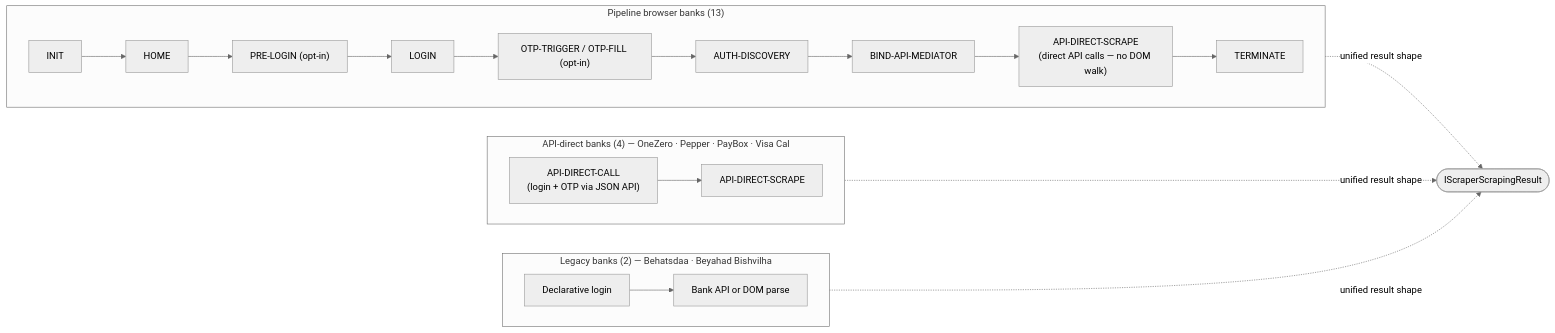
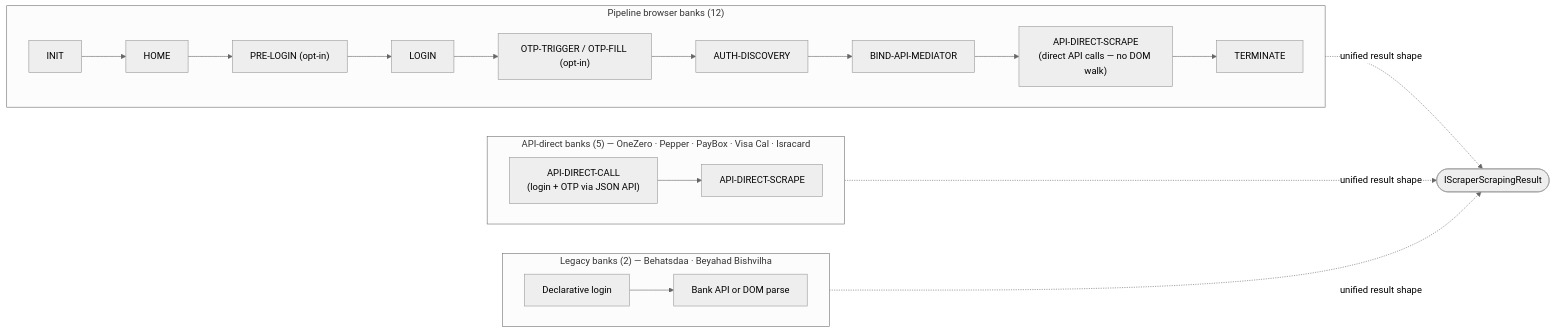
The diagram in README.md (sergienko4/israeli-bank-scrapers), drawn with Mermaid (neutral theme) before and after one commit. The commit also changed other lines of this file and 126 other files, not shown here.

````diff
--- a/README.md
+++ b/README.md
@@ -381,27 +382,27 @@
 ```mermaid
 flowchart LR
-    subgraph BB["Pipeline browser banks (13)"]
+    subgraph BB["Pipeline browser banks (12)"]
       direction LR
       INIT --> HOME --> PRELOGIN["PRE-LOGIN (opt-in)"]
       PRELOGIN --> LOGIN
       LOGIN --> OTP["OTP-TRIGGER / OTP-FILL (opt-in)"]
       OTP --> AUTH["AUTH-DISCOVERY"]
       AUTH --> BIND["BIND-API-MEDIATOR"]
       BIND --> SCRAPE["API-DIRECT-SCRAPE<br/>(direct API calls — no DOM walk)"]
       SCRAPE --> TERM["TERMINATE"]
     end
 
-    subgraph API["API-direct banks (4) — OneZero · Pepper · PayBox · Visa Cal"]
+    subgraph API["API-direct banks (5) — OneZero · Pepper · PayBox · Visa Cal · Isracard"]
       direction LR
       CALL["API-DIRECT-CALL<br/>(login + OTP via JSON API)"] --> SCR["API-DIRECT-SCRAPE"]
     end
 
     subgraph LEG["Legacy banks (2) — Behatsdaa · Beyahad Bishvilha"]
       direction LR
       LLOGIN["Declarative login"] --> LFETCH["Bank API or DOM parse"]
     end
 
     BB -.->|"unified result shape"| RESULT(["IScraperScrapingResult"])
     API -.->|"unified result shape"| RESULT
     LEG -.->|"unified result shape"| RESULT
 ```
````
